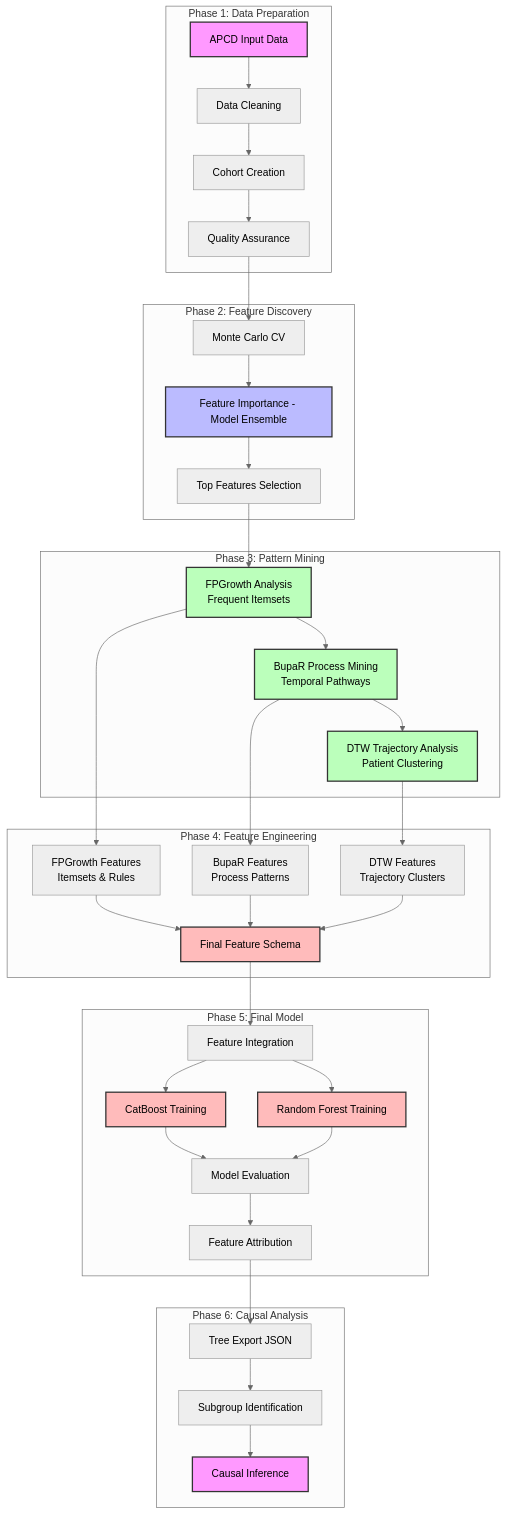
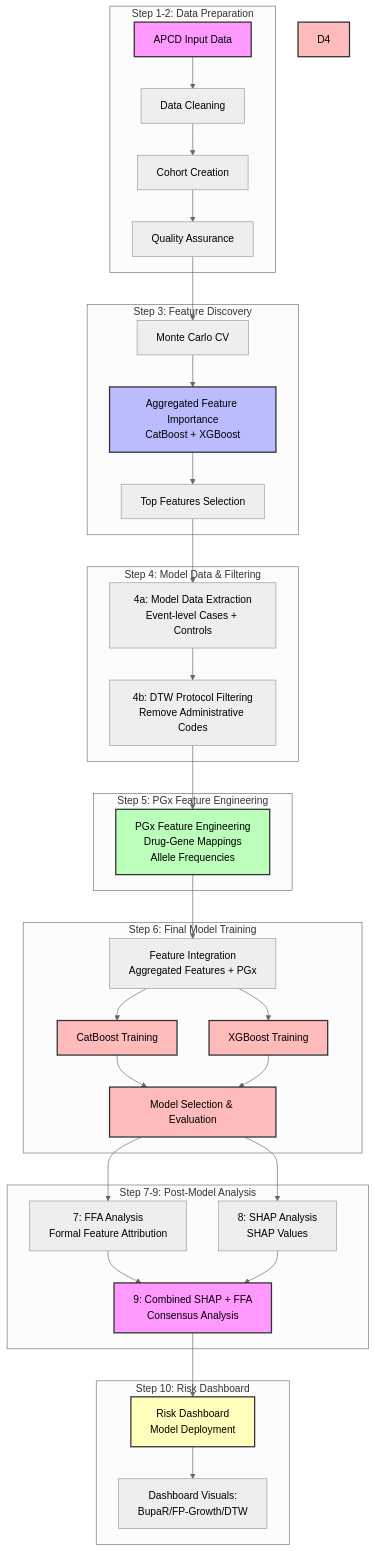
One commit to Jerome3590/pgx-analysis changed the second of 2 diagrams in docs/README_overview.md. Above: the diagram before and after it, drawn with Mermaid (neutral theme). The commit also changed other lines of this file and 2 other files, not shown here.

First line of the commit message:
Update mermaid flowcharts to match final workflow structure

````diff
--- a/docs/README_overview.md
+++ b/docs/README_overview.md
@@ -112,54 +123,54 @@
 ```mermaid
 flowchart TD
-    subgraph "Phase 1: Data Preparation"
+    subgraph "Step 1-2: Data Preparation"
         A1[APCD Input Data] --> A2[Data Cleaning]
         A2 --> A3[Cohort Creation]
         A3 --> A4[Quality Assurance]
     end
     
-    subgraph "Phase 2: Feature Discovery"
+    subgraph "Step 3: Feature Discovery"
         A4 --> B1[Monte Carlo CV]
-        B1 --> B2[Feature Importance - Model Ensemble]
+        B1 --> B2[Aggregated Feature Importance<br/>CatBoost + XGBoost]
         B2 --> B3[Top Features Selection]
     end
     
-    subgraph "Phase 3: Pattern Mining"
-        B3 --> C1[FPGrowth Analysis<br/>Frequent Itemsets]
-        C1 --> C2[BupaR Process Mining<br/>Temporal Pathways]
-        C2 --> C3[DTW Trajectory Analysis<br/>Patient Clustering]
+    subgraph "Step 4: Model Data & Filtering"
+        B3 --> C1[4a: Model Data Extraction<br/>Event-level Cases + Controls]
+        C1 --> C2[4b: DTW Protocol Filtering<br/>Remove Administrative Codes]
     end
     
-    subgraph "Phase 4: Feature Engineering"
-        C1 --> D1[FPGrowth Features<br/>Itemsets & Rules]
-        C2 --> D2[BupaR Features<br/>Process Patterns]
-        C3 --> D3[DTW Features<br/>Trajectory Clusters]
-        D1 --> D4[Final Feature Schema]
-        D2 --> D4
-        D3 --> D4
+    subgraph "Step 5: PGx Feature Engineering"
+        C2 --> D1[PGx Feature Engineering<br/>Drug-Gene Mappings<br/>Allele Frequencies]
     end
     
-    subgraph "Phase 5: Final Model"
-        D4 --> E1[Feature Integration]
+    subgraph "Step 6: Final Model Training"
+        D1 --> E1[Feature Integration<br/>Aggregated Features + PGx]
         E1 --> E2[CatBoost Training]
-        E1 --> E3[Random Forest Training]
-        E2 --> E4[Model Evaluation]
+        E1 --> E3[XGBoost Training]
+        E2 --> E4[Model Selection & Evaluation]
         E3 --> E4
-        E4 --> E5[Feature Attribution]
     end
     
-    subgraph "Phase 6: Causal Analysis"
-        E5 --> F1[Tree Export JSON]
-        F1 --> F2[Subgroup Identification]
-        F2 --> F3[Causal Inference]
+    subgraph "Step 7-9: Post-Model Analysis"
+        E4 --> F1[7: FFA Analysis<br/>Formal Feature Attribution]
+        E4 --> F2[8: SHAP Analysis<br/>SHAP Values]
+        F1 --> F3[9: Combined SHAP + FFA<br/>Consensus Analysis]
+        F2 --> F3
+    end
+    
+    subgraph "Step 10: Risk Dashboard"
+        F3 --> G1[Risk Dashboard<br/>Model Deployment]
+        G1 --> G2[Dashboard Visuals:<br/>BupaR/FP-Growth/DTW]
     end
     
     style A1 fill:#f9f,stroke:#333,stroke-width:2px
     style B2 fill:#bbf,stroke:#333,stroke-width:2px
-    style C1 fill:#bfb,stroke:#333,stroke-width:2px
-    style C2 fill:#bfb,stroke:#333,stroke-width:2px
-    style C3 fill:#bfb,stroke:#333,stroke-width:2px
+    style D1 fill:#bfb,stroke:#333,stroke-width:2px
+    style E4 fill:#fbb,stroke:#333,stroke-width:2px
+    style F3 fill:#fbf,stroke:#333,stroke-width:2px
+    style G1 fill:#ffb,stroke:#333,stroke-width:2px
     style D4 fill:#fbb,stroke:#333,stroke-width:2px
     style E2 fill:#fbb,stroke:#333,stroke-width:2px
     style E3 fill:#fbb,stroke:#333,stroke-width:2px
     style F3 fill:#f9f,stroke:#333,stroke-width:2px
 ```
````
